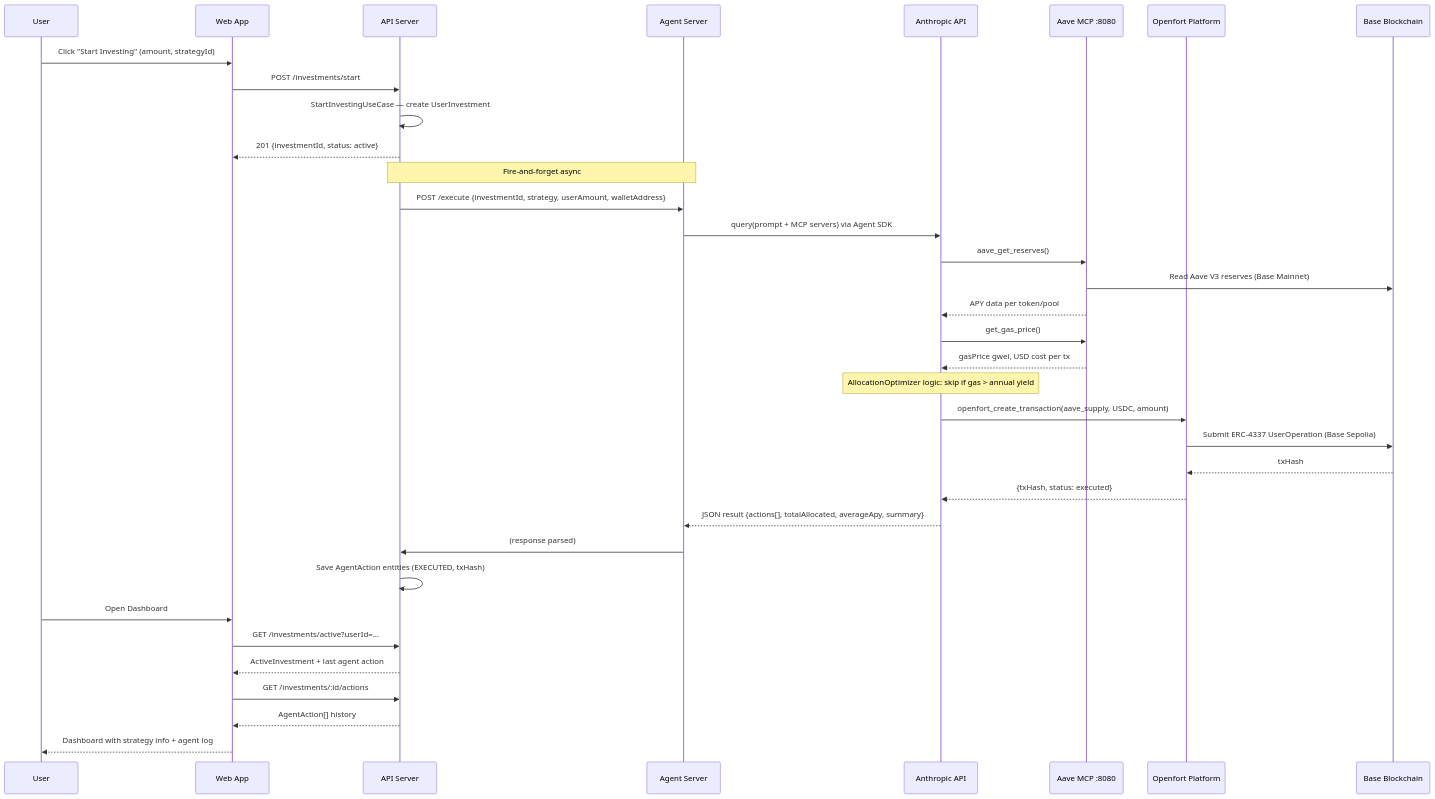
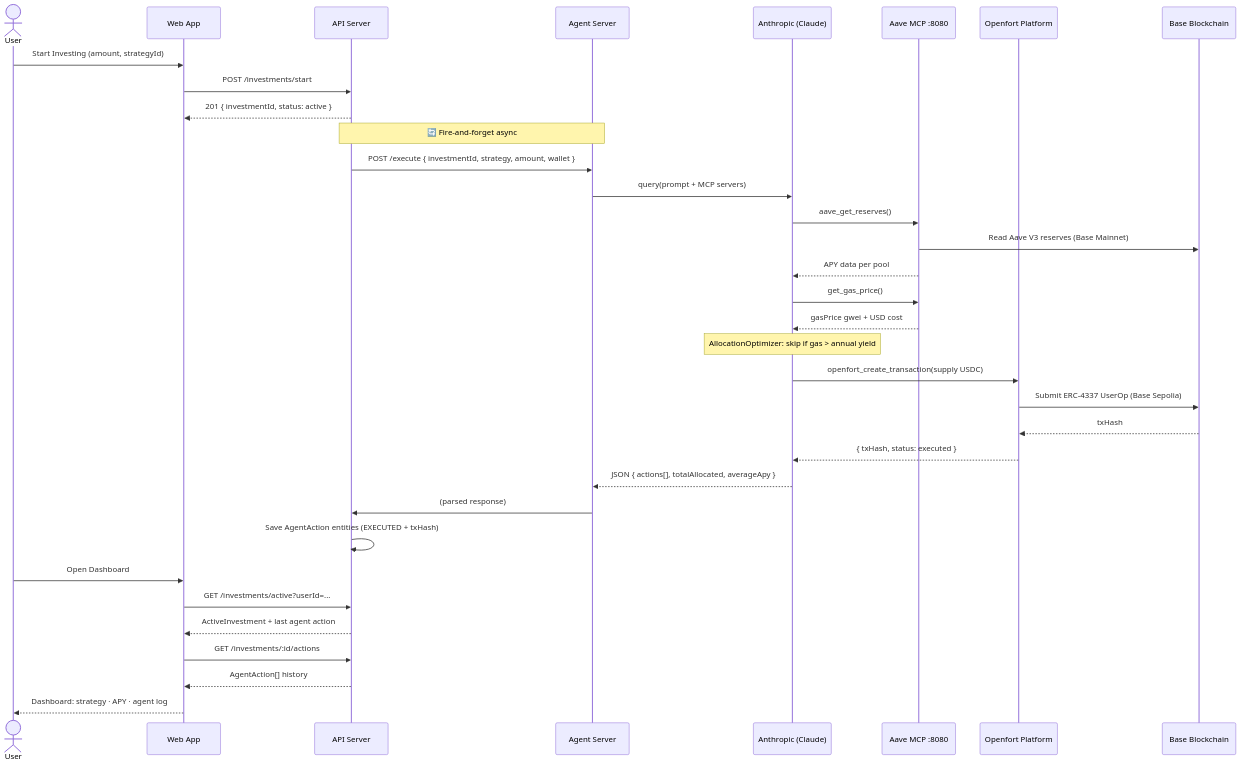
Before and after one commit to DMarchikhin/openfront-hackaton: the ninth of 9 diagrams in docs/architecture.md, drawn with Mermaid. The commit also changed other lines of this file, not shown here.

Commit message:
fix mermaid code

````diff
--- a/docs/architecture.md
+++ b/docs/architecture.md
@@ -379,41 +341,45 @@
 ```mermaid
 sequenceDiagram
-  participant User
-  participant Web as Web App
-  participant API as API Server
-  participant Agent as Agent Server
-  participant Claude as Anthropic API
-  participant AaveMCP as Aave MCP :8080
-  participant Openfort as Openfort Platform
-  participant Chain as Base Blockchain
+    actor User
+    participant Web as Web App
+    participant API as API Server
+    participant Agent as Agent Server
+    participant Claude as Anthropic (Claude)
+    participant Aave as Aave MCP :8080
+    participant Openfort as Openfort Platform
+    participant Chain as Base Blockchain
 
-  User->>Web: Click "Start Investing" (amount, strategyId)
-  Web->>API: POST /investments/start
-  API->>API: StartInvestingUseCase — create UserInvestment
-  API-->>Web: 201 {investmentId, status: active}
+    User->>Web: Start Investing (amount, strategyId)
+    Web->>API: POST /investments/start
+    API-->>Web: 201 { investmentId, status: active }
 
-  Note over API,Agent: Fire-and-forget async
+    Note over API,Agent: 🔄 Fire-and-forget async
 
-  API->>Agent: POST /execute {investmentId, strategy, userAmount, walletAddress}
-  Agent->>Claude: query(prompt + MCP servers) via Agent SDK
-  Claude->>AaveMCP: aave_get_reserves()
-  AaveMCP->>Chain: Read Aave V3 reserves (Base Mainnet)
-  AaveMCP-->>Claude: APY data per token/pool
-  Claude->>AaveMCP: get_gas_price()
-  AaveMCP-->>Claude: gasPrice gwei, USD cost per tx
-  Note over Claude: AllocationOptimizer logic: skip if gas > annual yield
-  Claude->>Openfort: openfort_create_transaction(aave_supply, USDC, amount)
-  Openfort->>Chain: Submit ERC-4337 UserOperation (Base Sepolia)
-  Chain-->>Openfort: txHash
-  Openfort-->>Claude: {txHash, status: executed}
-  Claude-->>Agent: JSON result {actions[], totalAllocated, averageApy, summary}
-  Agent->>API: (response parsed)
-  API->>API: Save AgentAction entities (EXECUTED, txHash)
+    API->>Agent: POST /execute { investmentId, strategy, amount, wallet }
+    Agent->>Claude: query(prompt + MCP servers)
 
-  User->>Web: Open Dashboard
-  Web->>API: GET /investments/active?userId=...
-  API-->>Web: ActiveInvestment + last agent action
-  Web->>API: GET /investments/:id/actions
-  API-->>Web: AgentAction[] history
-  Web-->>User: Dashboard with strategy info + agent log
+    Claude->>Aave: aave_get_reserves()
+    Aave->>Chain: Read Aave V3 reserves (Base Mainnet)
+    Aave-->>Claude: APY data per pool
+
+    Claude->>Aave: get_gas_price()
+    Aave-->>Claude: gasPrice gwei + USD cost
+
+    Note over Claude: AllocationOptimizer: skip if gas > annual yield
+
+    Claude->>Openfort: openfort_create_transaction(supply USDC)
+    Openfort->>Chain: Submit ERC-4337 UserOp (Base Sepolia)
+    Chain-->>Openfort: txHash
+    Openfort-->>Claude: { txHash, status: executed }
+
+    Claude-->>Agent: JSON { actions[], totalAllocated, averageApy }
+    Agent->>API: (parsed response)
+    API->>API: Save AgentAction entities (EXECUTED + txHash)
+
+    User->>Web: Open Dashboard
+    Web->>API: GET /investments/active?userId=...
+    API-->>Web: ActiveInvestment + last agent action
+    Web->>API: GET /investments/:id/actions
+    API-->>Web: AgentAction[] history
+    Web-->>User: Dashboard: strategy · APY · agent log
 ```
````
